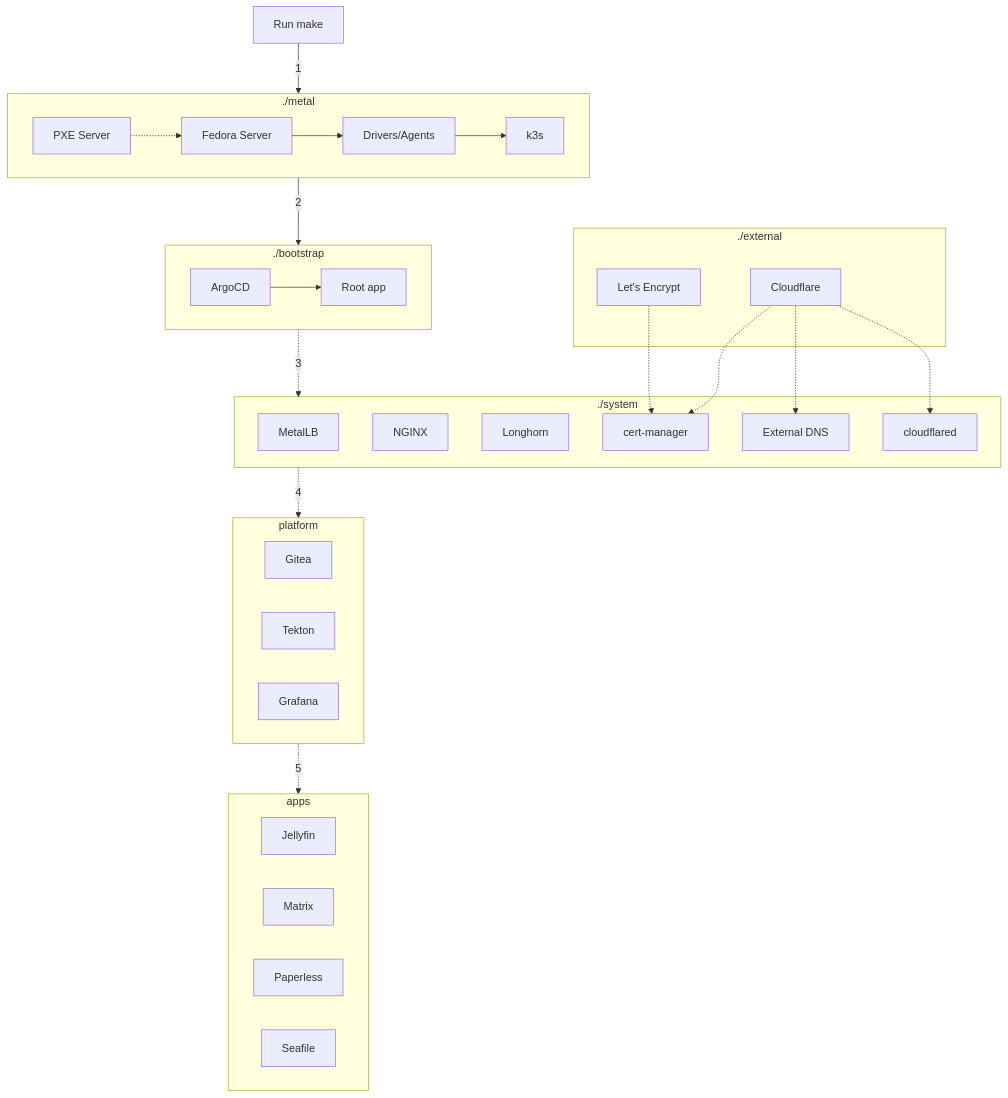
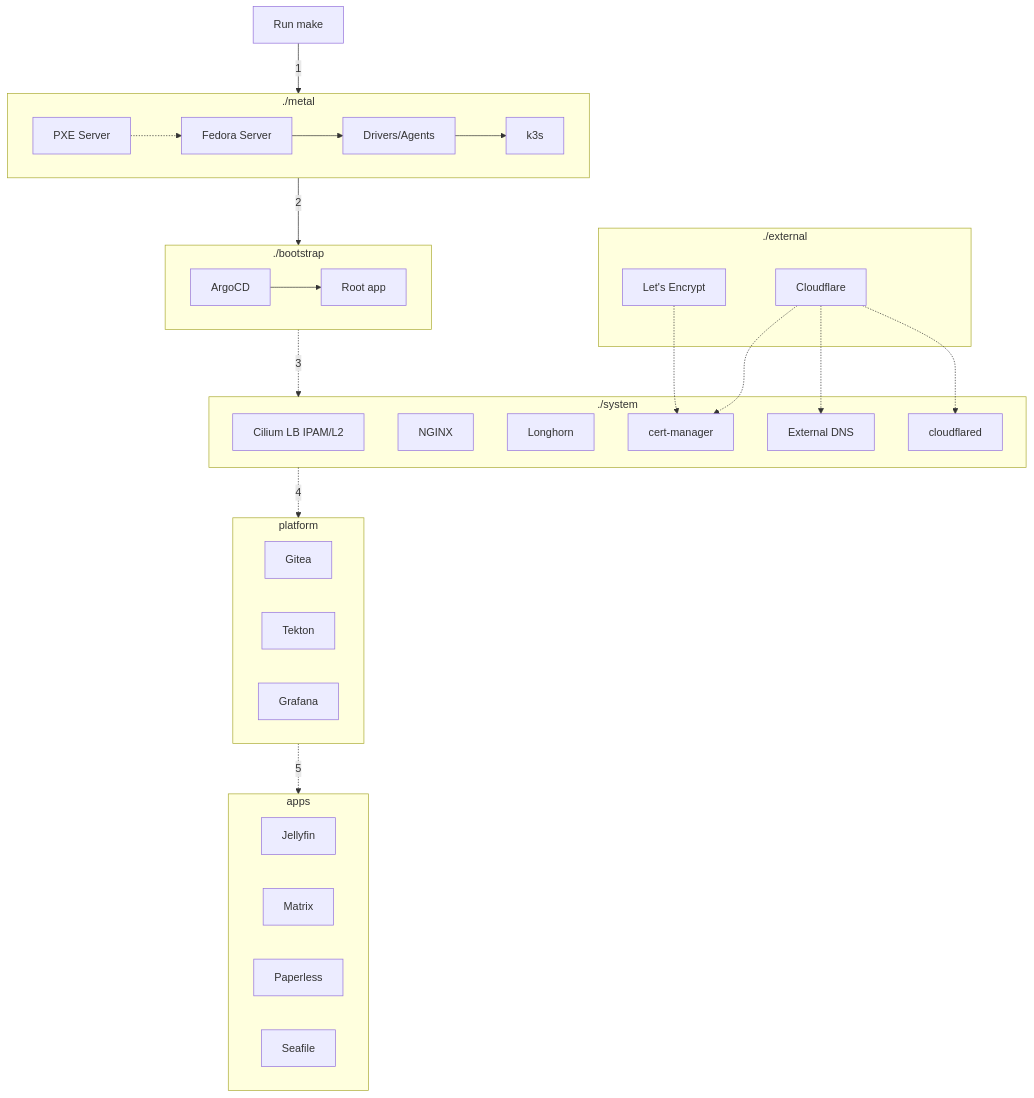
The diagram in docs/reference/architecture/overview.md (llajas/homelab), drawn with Mermaid before and after one commit. The commit also changed other lines of this file and 5 other files, not shown here.

Commit message:
chore(docs): replace metallb examples with cilium annotations

````diff
--- a/docs/reference/architecture/overview.md
+++ b/docs/reference/architecture/overview.md
@@ -55,44 +55,44 @@
 ```mermaid
 flowchart TD
   subgraph metal[./metal]
     pxe[PXE Server] -.-> linux[Fedora Server] --> drivers[Drivers/Agents] --> k3s
   end
 
   subgraph bootstrap[./bootstrap]
     argocd[ArgoCD] --> rootapp[Root app]
   end
 
   subgraph system[./system]
-    metallb[MetalLB]
+    ciliumLB[Cilium LB IPAM/L2]
     nginx[NGINX]
     longhorn[Longhorn]
     cert-manager
     external-dns[External DNS]
     cloudflared
   end
 
   subgraph external[./external]
     letsencrypt[Let's Encrypt]
     cloudflare[Cloudflare]
   end
 
   letsencrypt -.-> cert-manager
   cloudflare -.-> cert-manager
   cloudflare -.-> external-dns
   cloudflare -.-> cloudflared
 
   subgraph platform
     Gitea
     Tekton
     Grafana
   end
 
   subgraph apps
     jellyfin[Jellyfin]
     matrix[Matrix]
     paperless[Paperless]
     seafile[Seafile]
   end
 
   make[Run make] -- 1 --> metal -- 2 --> bootstrap -. 3 .-> system -. 4 .-> platform -. 5 .-> apps
 ```
````
